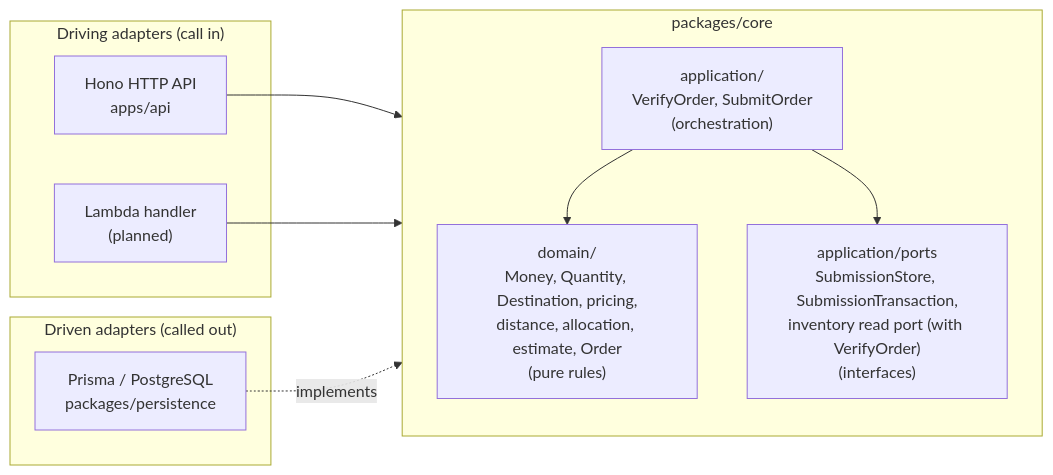
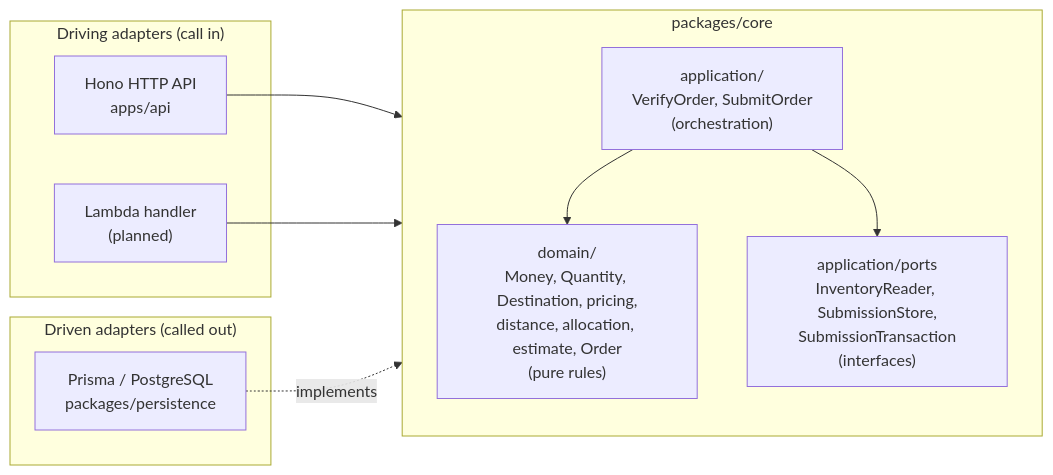
Before and after one commit to bonanaaaaaa/scos: the first of 2 diagrams in docs/architecture.md, drawn with Mermaid. The commit also changed other lines of this file and 15 other files, not shown here.

First line of the commit message:
feat(core): add advisory order verification against current inventory (#23)

````diff
--- a/docs/architecture.md
+++ b/docs/architecture.md
@@ -10,24 +10,24 @@
 ```mermaid
 flowchart LR
     subgraph driving["Driving adapters (call in)"]
         api["Hono HTTP API<br/>apps/api"]
         lambda["Lambda handler<br/>(planned)"]
     end
 
     subgraph core["packages/core"]
         direction TB
         app["application/<br/>VerifyOrder, SubmitOrder<br/>(orchestration)"]
-        ports["application/ports<br/>SubmissionStore, SubmissionTransaction,<br/>inventory read port (with VerifyOrder)<br/>(interfaces)"]
+        ports["application/ports<br/>InventoryReader, SubmissionStore,<br/>SubmissionTransaction<br/>(interfaces)"]
         domain["domain/<br/>Money, Quantity, Destination, pricing,<br/>distance, allocation, estimate, Order<br/>(pure rules)"]
         app --> domain
         app --> ports
     end
 
     subgraph driven["Driven adapters (called out)"]
         db["Prisma / PostgreSQL<br/>packages/persistence"]
     end
 
     api --> app
     lambda --> app
     db -. implements .-> ports
 ```
````
